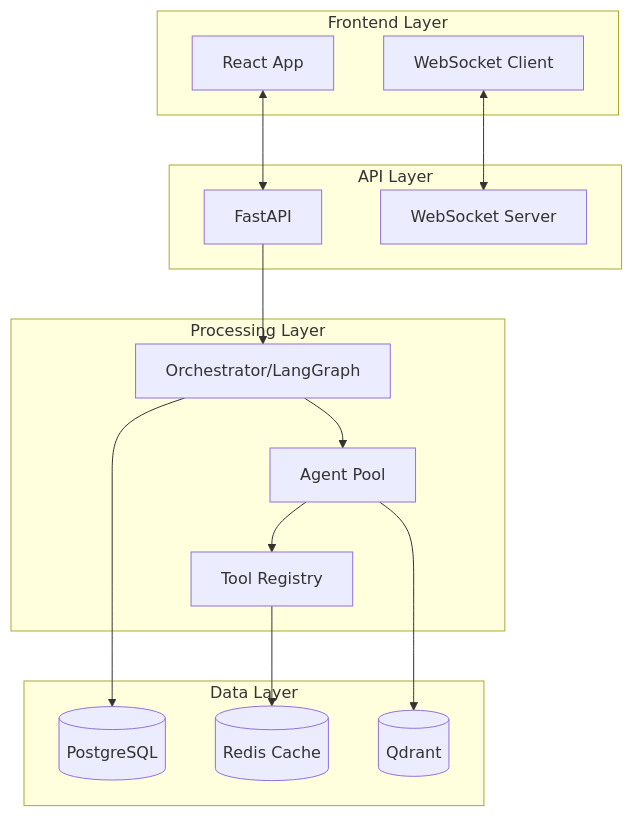
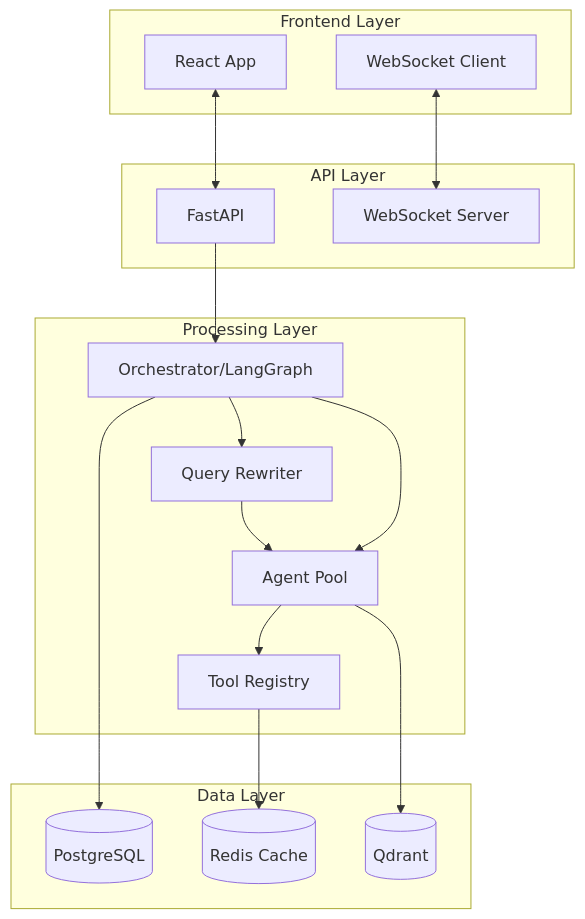
Before and after one commit to GuiiCorreia/Bootcamp_Akcit: the second of 6 diagrams in README.md, drawn with Mermaid. The commit also changed other lines of this file, not shown here.

````diff
--- a/README.md
+++ b/README.md
@@ -49,33 +53,36 @@
 ```mermaid
 graph TB
     subgraph "Frontend Layer"
         UI[React App]
         WS[WebSocket Client]
     end
     
     subgraph "API Layer"
         API[FastAPI]
         WSS[WebSocket Server]
     end
     
     subgraph "Processing Layer"
         ORCH[Orchestrator/LangGraph]
+        QR[Query Rewriter]
         AGENTS[Agent Pool]
         TOOLS[Tool Registry]
     end
     
     subgraph "Data Layer"
         PG[(PostgreSQL)]
         REDIS[(Redis Cache)]
         VECTOR[(Qdrant)]
     end
     
     UI <--> API
     WS <--> WSS
     API --> ORCH
+    ORCH --> QR
+    QR --> AGENTS
     ORCH --> AGENTS
     AGENTS --> TOOLS
     ORCH --> PG
     TOOLS --> REDIS
     AGENTS --> VECTOR
 ```
````
